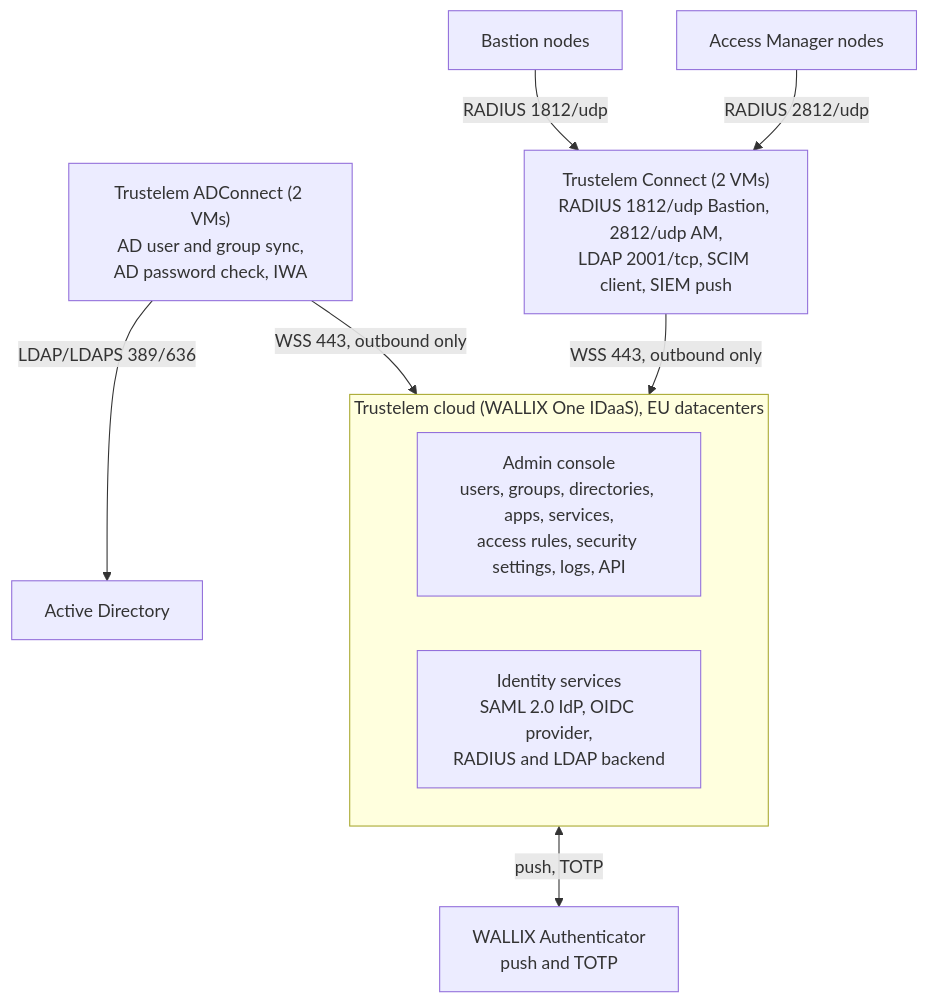
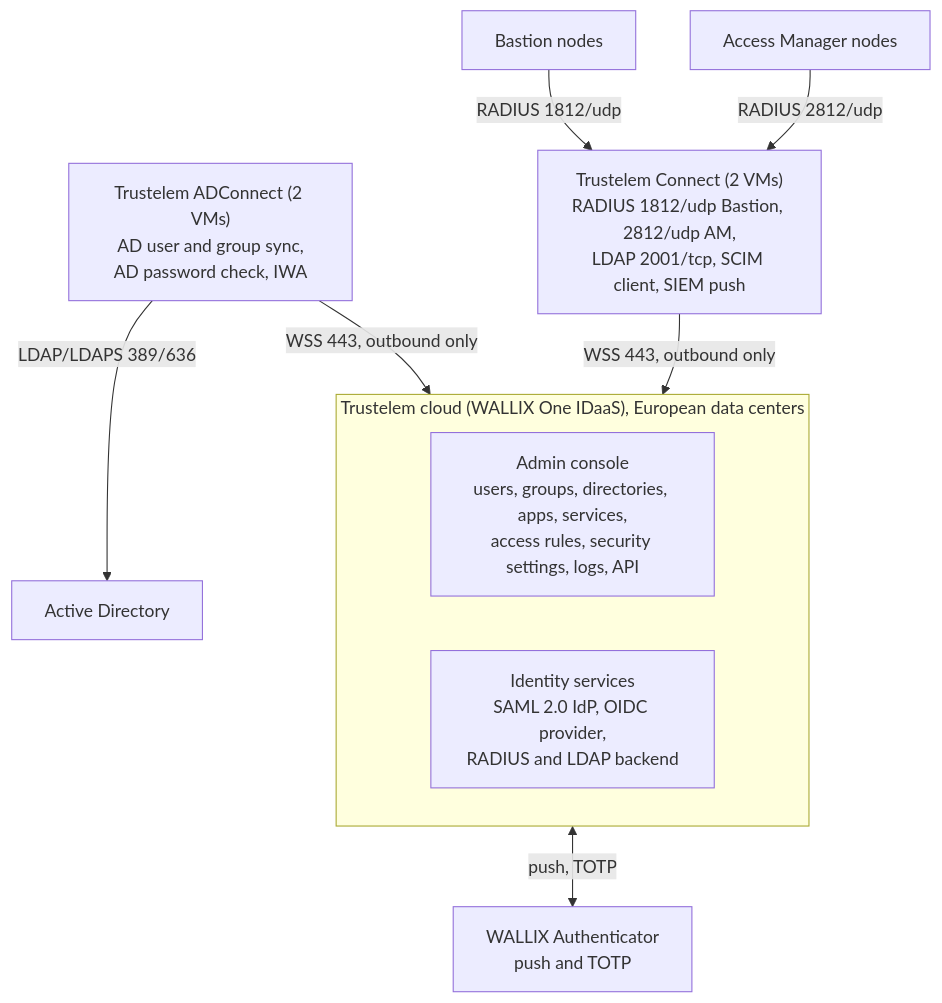
Before and after one commit to morandeirachema/Trustelem-: the diagram in README.md, drawn with Mermaid. The commit also changed 20 other files, not shown here.

````diff
--- a/README.md
+++ b/README.md
@@ -42,20 +42,20 @@
 ```mermaid
 flowchart TB
-    subgraph CLOUD["Trustelem cloud (WALLIX One IDaaS), EU datacenters"]
+    subgraph CLOUD["Trustelem cloud (WALLIX One IDaaS), European data centers"]
         direction LR
         CONSOLE["Admin console<br/>users, groups, directories, apps, services,<br/>access rules, security settings, logs, API"]
         SVC["Identity services<br/>SAML 2.0 IdP, OIDC provider,<br/>RADIUS and LDAP backend"]
     end
     APP["WALLIX Authenticator<br/>push and TOTP"]
     ADC["Trustelem ADConnect (2 VMs)<br/>AD user and group sync,<br/>AD password check, IWA"]
     TC["Trustelem Connect (2 VMs)<br/>RADIUS 1812/udp Bastion, 2812/udp AM,<br/>LDAP 2001/tcp, SCIM client, SIEM push"]
     AD["Active Directory"]
     BAST["Bastion nodes"]
     AM["Access Manager nodes"]
     SVC <-->|push, TOTP| APP
     ADC -->|WSS 443, outbound only| SVC
     TC -->|WSS 443, outbound only| SVC
     ADC -->|LDAP/LDAPS 389/636| AD
     BAST -->|RADIUS 1812/udp| TC
     AM -->|RADIUS 2812/udp| TC
 ```
````
